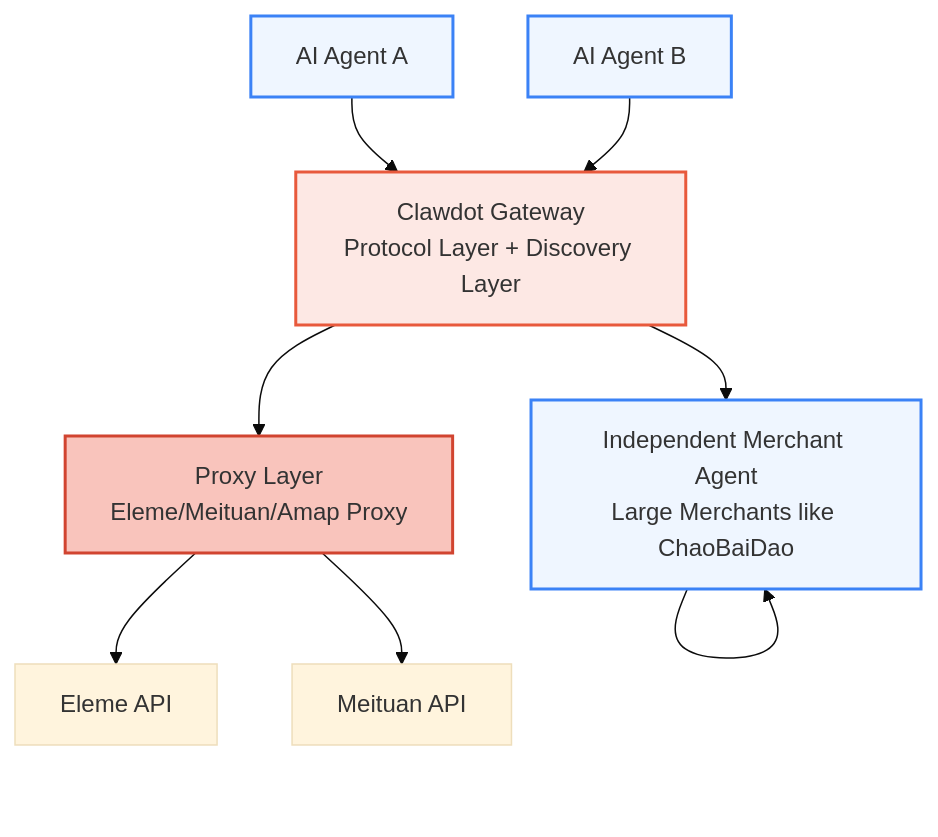
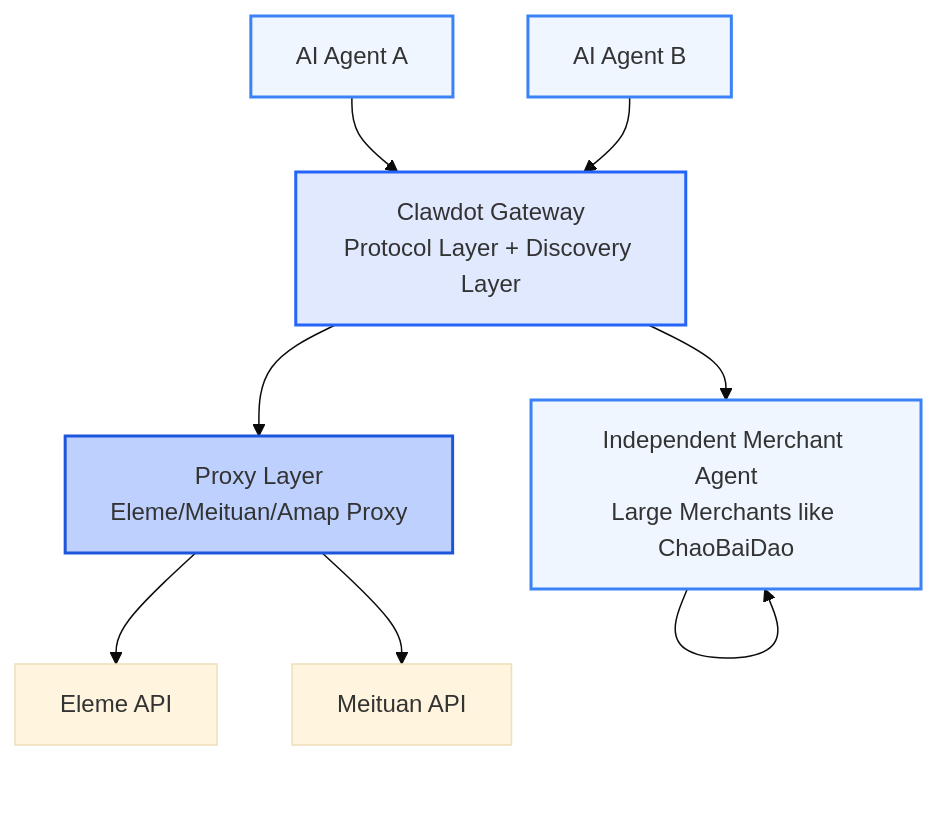
One commit to clawdot/docs changed the diagram in en/gateway/introduction.mdx. Above: the diagram before and after it, drawn with Mermaid (base theme). The commit also changed 43 other files, not shown here.

````diff
--- a/en/gateway/introduction.mdx
+++ b/en/gateway/introduction.mdx
@@ -16,29 +16,29 @@
 ```mermaid
 graph TB
   Agent1["AI Agent A"]
   Agent2["AI Agent B"]
 
   Gateway["Clawdot Gateway<br/>Protocol Layer + Discovery Layer"]
 
   ProxyLayer["Proxy Layer<br/>Eleme/Meituan/Amap Proxy"]
   IndependentAgent["Independent Merchant Agent<br/>Large Merchants like ChaoBaiDao"]
 
   PlatformAPI1["Eleme API"]
   PlatformAPI2["Meituan API"]
 
   Agent1 --> Gateway
   Agent2 --> Gateway
 
   Gateway --> ProxyLayer
   Gateway --> IndependentAgent
 
   ProxyLayer --> PlatformAPI1
   ProxyLayer --> PlatformAPI2
   IndependentAgent --> IndependentAgent
 
-  style Gateway fill:#fde8e4,stroke:#E8593C,stroke-width:2px
+  style Gateway fill:#E1E9FE,stroke:#2564F8,stroke-width:2px
   style Agent1 fill:#EFF6FF,stroke:#3B82F6,stroke-width:2px
   style Agent2 fill:#EFF6FF,stroke:#3B82F6,stroke-width:2px
-  style ProxyLayer fill:#f9c4bc,stroke:#D14430,stroke-width:2px
+  style ProxyLayer fill:#BED0FD,stroke:#1D55DB,stroke-width:2px
   style IndependentAgent fill:#EFF6FF,stroke:#3B82F6,stroke-width:2px
 ```
````
